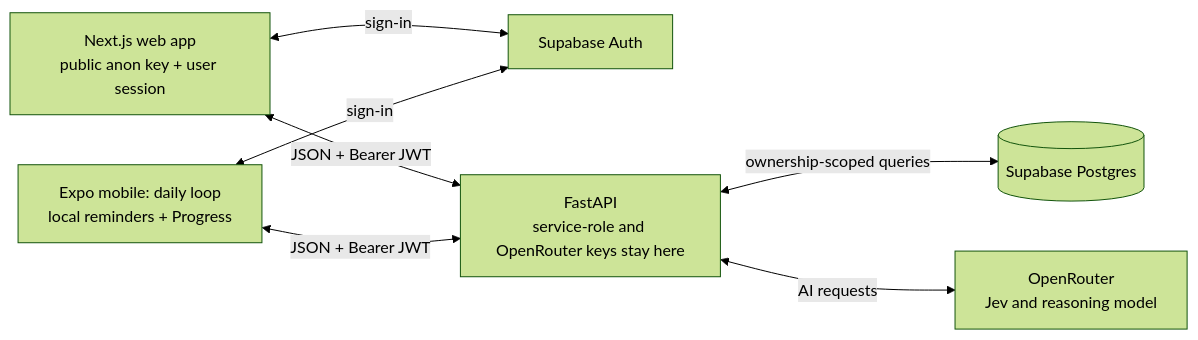
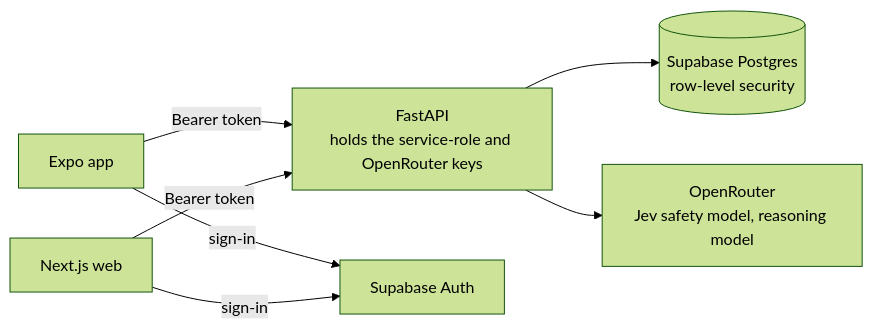
Before and after one commit to mnahsanofficial/rhythm-health: the diagram in README.md, drawn with Mermaid (forest theme). The commit also changed other lines of this file and 22 other files, not shown here.

````diff
--- a/README.md
+++ b/README.md
@@ -35,15 +39,9 @@
 ```mermaid
 flowchart LR
-    UI["Next.js web app<br/>public anon key + user session"]
-    APP["Expo mobile: daily loop<br/>local reminders + Progress"]
-    AUTH["Supabase Auth"]
-    API["FastAPI<br/>service-role and OpenRouter keys stay here"]
-    DB[("Supabase Postgres")]
-    AI["OpenRouter<br/>Jev and reasoning model"]
-    UI <-->|"sign-in"| AUTH
-    APP <-->|"sign-in"| AUTH
-    UI <-->|"JSON + Bearer JWT"| API
-    APP <-->|"JSON + Bearer JWT"| API
-    API <-->|"ownership-scoped queries"| DB
-    API <-->|"AI requests"| AI
+    M["Expo app"] -->|"Bearer token"| API["FastAPI<br/>holds the service-role and OpenRouter keys"]
+    W["Next.js web"] -->|"Bearer token"| API
+    M -->|"sign-in"| A["Supabase Auth"]
+    W -->|"sign-in"| A
+    API --> DB[("Supabase Postgres<br/>row-level security")]
+    API --> AI["OpenRouter<br/>Jev safety model, reasoning model"]
 ```
````
